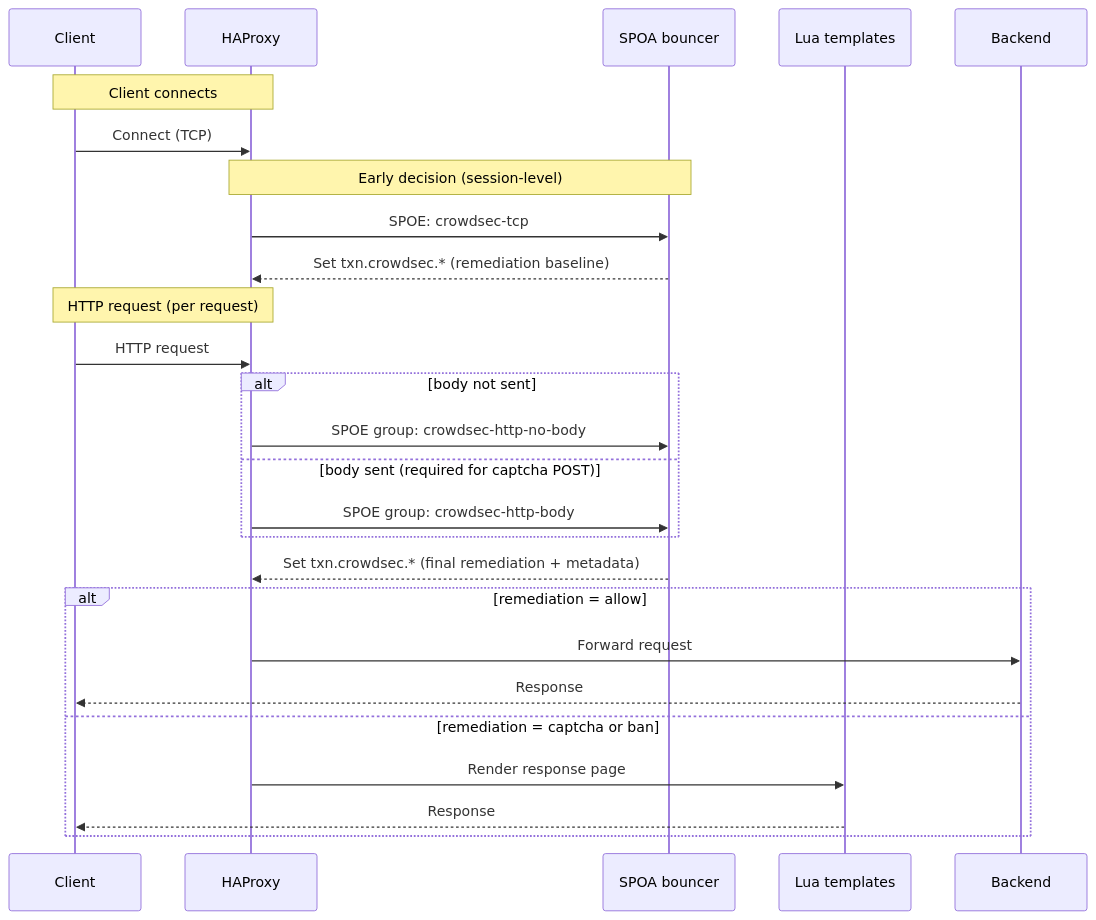
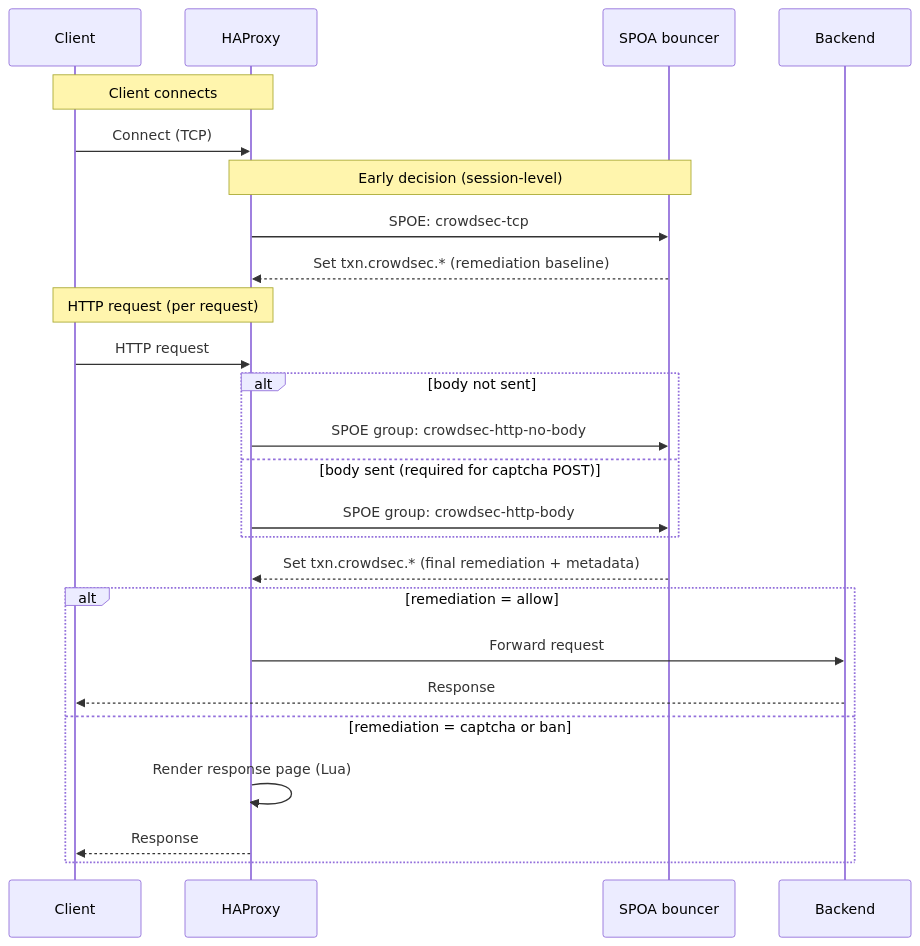
Before and after one commit to crowdsecurity/cs-haproxy-spoa-bouncer: the first of 7 diagrams in README.md, drawn with Mermaid.

Commit message:
docs: note Lua runs inside HAProxy

````diff
--- a/README.md
+++ b/README.md
@@ -43,32 +43,31 @@
 ```mermaid
 sequenceDiagram
     participant Client
     participant HAProxy
     participant SPOA as SPOA bouncer
-    participant Lua as Lua templates
     participant Backend
 
     Note over Client,HAProxy: Client connects
     Client->>HAProxy: Connect (TCP)
 
     Note over HAProxy,SPOA: Early decision (session-level)
     HAProxy->>SPOA: SPOE: crowdsec-tcp
     SPOA-->>HAProxy: Set txn.crowdsec.* (remediation baseline)
 
     Note over Client,HAProxy: HTTP request (per request)
     Client->>HAProxy: HTTP request
     alt body not sent
         HAProxy->>SPOA: SPOE group: crowdsec-http-no-body
     else body sent (required for captcha POST)
         HAProxy->>SPOA: SPOE group: crowdsec-http-body
     end
     SPOA-->>HAProxy: Set txn.crowdsec.* (final remediation + metadata)
 
     alt remediation = allow
         HAProxy->>Backend: Forward request
         Backend-->>Client: Response
     else remediation = captcha or ban
-        HAProxy->>Lua: Render response page
-        Lua-->>Client: Response
+        HAProxy->>HAProxy: Render response page (Lua)
+        HAProxy-->>Client: Response
     end
 ```
````
